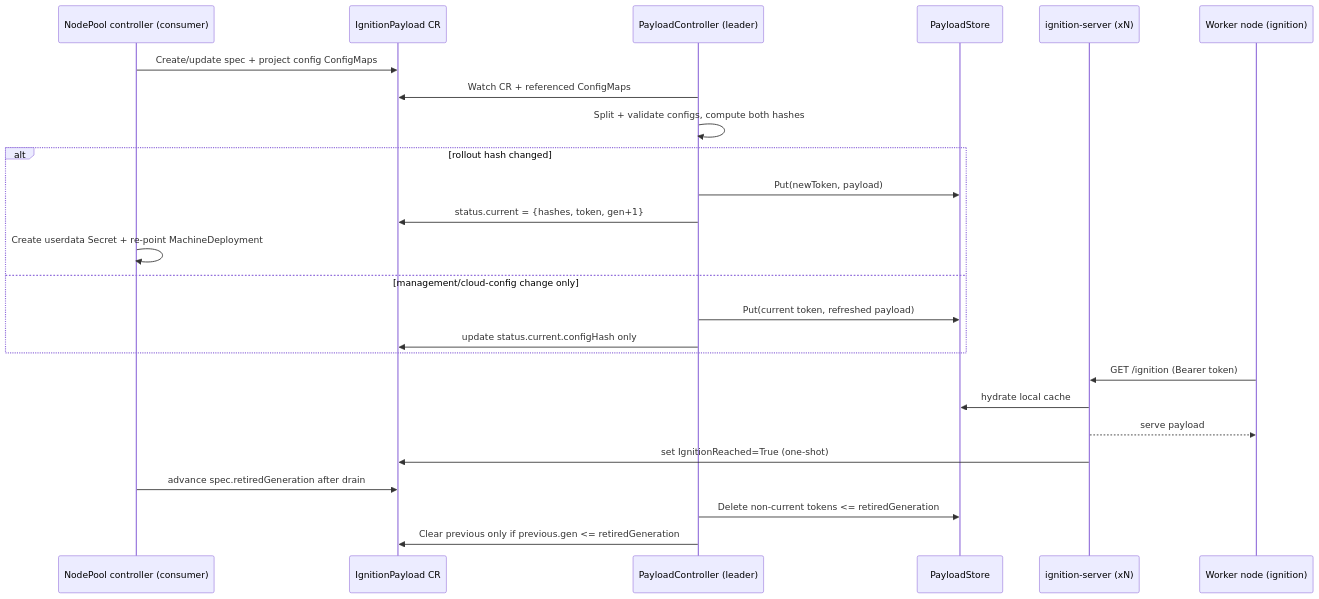
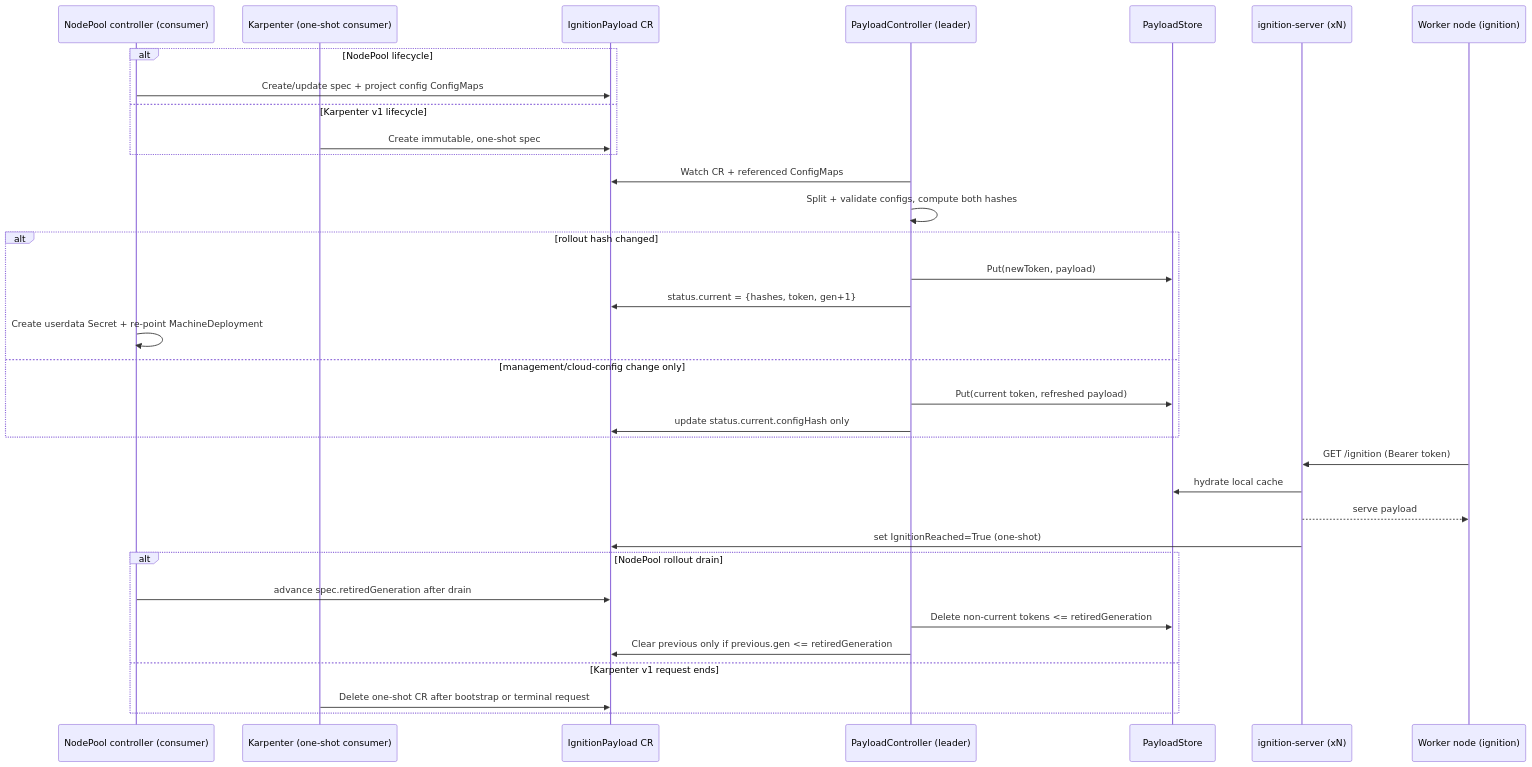
The first of 2 diagrams in enhancements/hypershift/ignition-system-re-architecture.md (openshift/enhancements), drawn with Mermaid before and after one commit. The commit also changed other lines of this file, not shown here.

First line of the commit message:
docs: address ignition architecture review

````diff
--- a/enhancements/hypershift/ignition-system-re-architecture.md
+++ b/enhancements/hypershift/ignition-system-re-architecture.md
@@ -218,28 +229,37 @@
 ```mermaid
 sequenceDiagram
     participant NP as NodePool controller (consumer)
+    participant KP as Karpenter (one-shot consumer)
     participant CR as IgnitionPayload CR
     participant PC as PayloadController (leader)
     participant PS as PayloadStore
     participant SRV as ignition-server (xN)
     participant Node as Worker node (ignition)
 
-    NP->>CR: Create/update spec + project config ConfigMaps
+    alt NodePool lifecycle
+        NP->>CR: Create/update spec + project config ConfigMaps
+    else Karpenter v1 lifecycle
+        KP->>CR: Create immutable, one-shot spec
+    end
     PC->>CR: Watch CR + referenced ConfigMaps
     PC->>PC: Split + validate configs, compute both hashes
     alt rollout hash changed
         PC->>PS: Put(newToken, payload)
         PC->>CR: status.current = {hashes, token, gen+1}
         NP->>NP: Create userdata Secret + re-point MachineDeployment
     else management/cloud-config change only
         PC->>PS: Put(current token, refreshed payload)
         PC->>CR: update status.current.configHash only
     end
     Node->>SRV: GET /ignition (Bearer token)
     SRV->>PS: hydrate local cache
     SRV-->>Node: serve payload
     SRV->>CR: set IgnitionReached=True (one-shot)
-    NP->>CR: advance spec.retiredGeneration after drain
-    PC->>PS: Delete non-current tokens <= retiredGeneration
-    PC->>CR: Clear previous only if previous.gen <= retiredGeneration
+    alt NodePool rollout drain
+        NP->>CR: advance spec.retiredGeneration after drain
+        PC->>PS: Delete non-current tokens <= retiredGeneration
+        PC->>CR: Clear previous only if previous.gen <= retiredGeneration
+    else Karpenter v1 request ends
+        KP->>CR: Delete one-shot CR after bootstrap or terminal request
+    end
 ```
````
